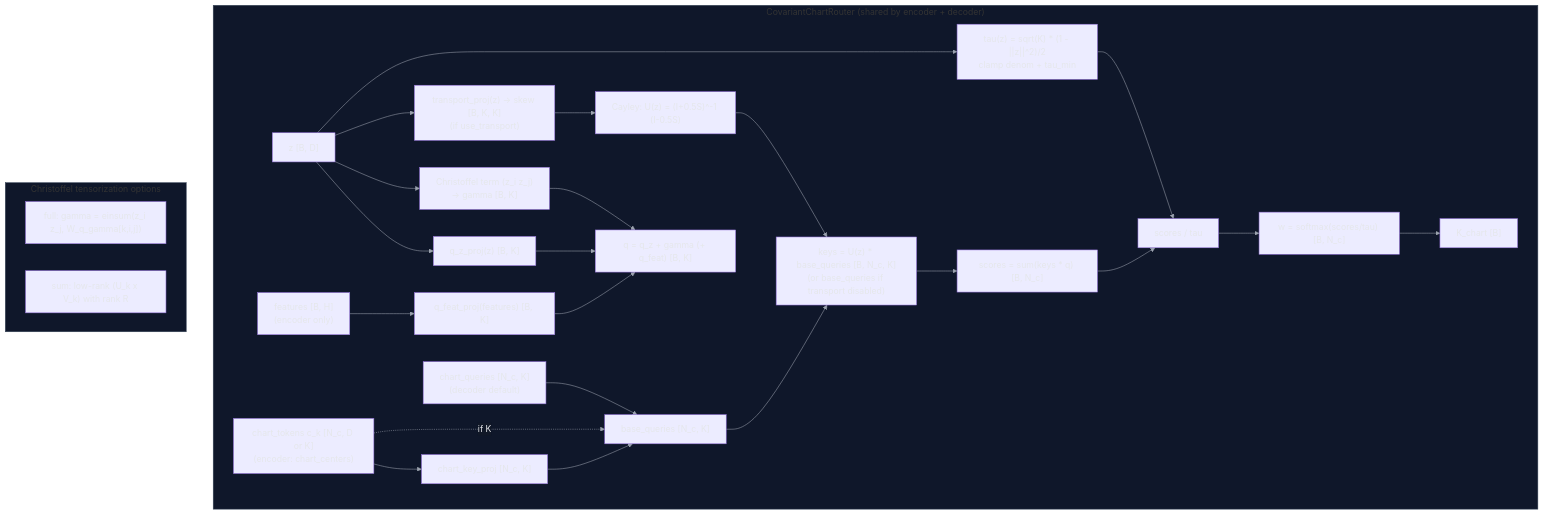
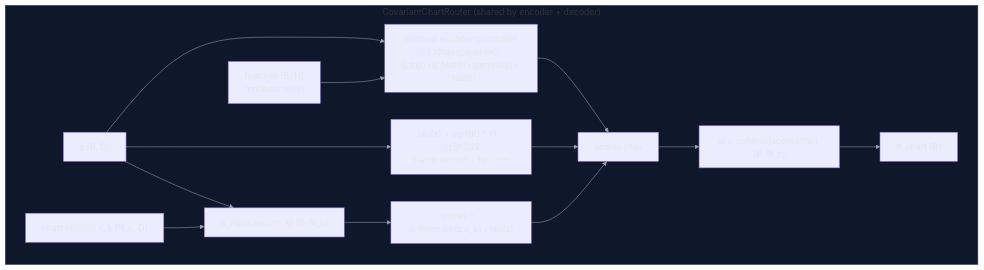
The second of 4 diagrams in docs/source/1_agent/03_architecture/02_disentangled_vae.md (FragileTech/fragile), drawn with Mermaid before and after one commit. The commit also changed other lines of this file and 127 other files, not shown here.

````diff
--- a/docs/source/1_agent/03_architecture/02_disentangled_vae.md
+++ b/docs/source/1_agent/03_architecture/02_disentangled_vae.md
@@ -148,33 +147,18 @@
 ```{mermaid}
 %%{init: {"themeVariables": {"background":"#0b111b","edgeLabelBackground":"#111827","textColor":"#e5e7eb","lineColor":"#9ca3af","primaryColor":"#1f2937","primaryTextColor":"#e5e7eb","clusterBkg":"#0f172a","clusterBorder":"#334155"}}}%%
 flowchart TD
     subgraph ROUTER["CovariantChartRouter (shared by encoder + decoder)"]
-        Z["z [B, D]"] --> Qz["q_z_proj(z) [B, K]"]
-        F["features [B, H]\n(encoder only)"] --> Qfeat["q_feat_proj(features) [B, K]"]
-        Z --> Gamma["Christoffel term (z_i z_j)\n-> gamma [B, K]"]
-        Qz --> Qsum["q = q_z + gamma (+ q_feat) [B, K]"]
-        Qfeat --> Qsum
-        Gamma --> Qsum
-
-        Z --> Transport["transport_proj(z) -> skew [B, K, K]\n(if use_transport)"]
-        Transport --> Cayley["Cayley: U(z) = (I+0.5S)^-1 (I-0.5S)"]
-        ChartTokens["chart_tokens c_k [N_c, D or K]\n(encoder: chart_centers)"] --> KeyProj["chart_key_proj [N_c, K]"]
-        ChartTokens -.->|if K| KeyMerge
-        ChartQ["chart_queries [N_c, K]\n(decoder default)"] --> KeyMerge["base_queries [N_c, K]"]
-        KeyProj --> KeyMerge
-        KeyMerge --> Keys["keys = U(z) * base_queries [B, N_c, K]\n(or base_queries if transport disabled)"]
-        Cayley --> Keys
-
-        Keys --> Scores["scores = sum(keys * q) [B, N_c]"]
+        Z["z [B, D]"] --> Dist["d_Poincare(z,c_k) [B, N_c]"]
+        ChartTokens["chart centers c_k [N_c, D]"] --> Dist
+        Dist --> Scores["scores = -d_Poincare(z,c_k) / tau(z)"]
         Z --> Tau["tau(z) = sqrt(K) * (1 - ||z||^2)/2\nclamp denom + tau_min"]
         Scores --> Scale["scores / tau"]
         Tau --> Scale
         Scale --> W["w = softmax(scores/tau) [B, N_c]"]
         W --> Kchart["K_chart [B]"]
-    end
 
-    subgraph TENS["Christoffel tensorization options"]
-        Full["full: gamma = einsum(z_i z_j, W_q_gamma[k,i,j])"]
-        Sum["sum: low-rank (U_k x V_k) with rank R"]
+        F["features [B, H]\n(encoder only)"] --> Corr["optional encoder correction\n0.1 <P_0->z(base_queries), q_z(z)+q_feat(f)+gamma(z)> / tau(z)"]
+        Z --> Corr
+        Corr --> Scale
     end
 ```
````
